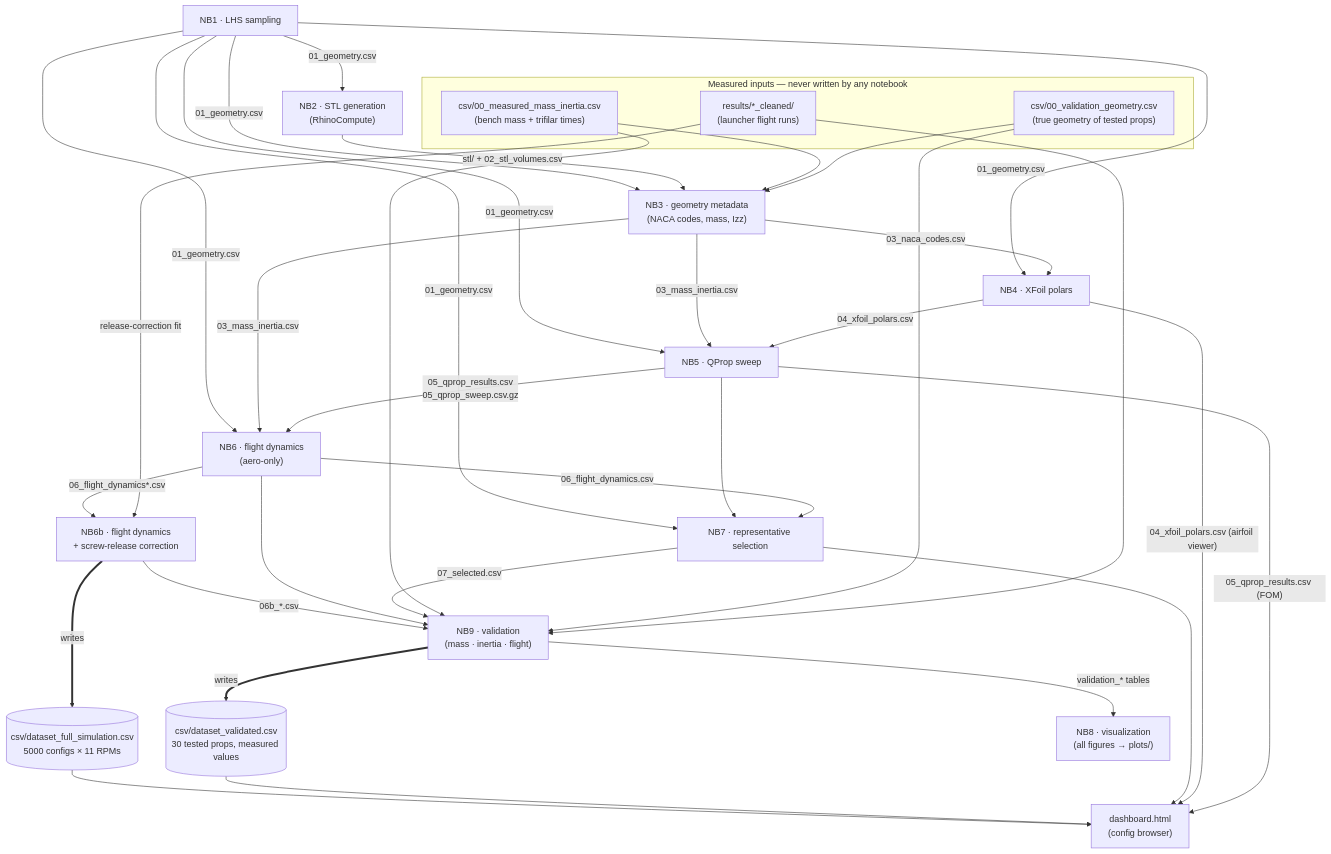
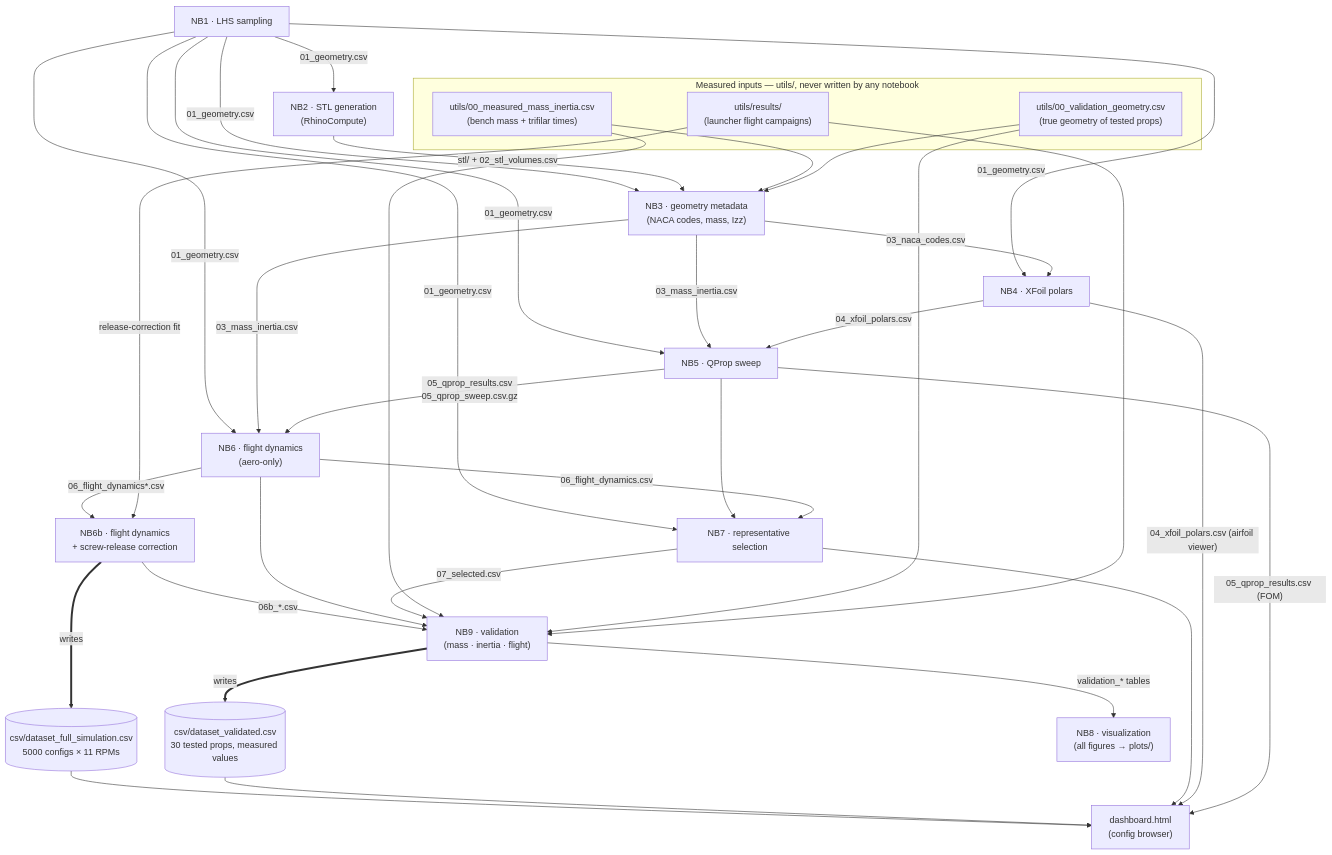
Before and after one commit to HectorFpps/IDEAL-Generate-Select-Validate-Pipeline: the diagram in README.md, drawn with Mermaid. The commit also changed other lines of this file and 2082 other files, not shown here.

Commit message:
Pipeline, CSV's and Utils

````diff
--- a/README.md
+++ b/README.md
@@ -131,46 +125,46 @@
 ```mermaid
 flowchart TD
-    subgraph measured [Measured inputs — never written by any notebook]
-        M1["csv/00_measured_mass_inertia.csv<br>(bench mass + trifilar times)"]
-        M2["csv/00_validation_geometry.csv<br>(true geometry of tested props)"]
-        M3["results/*_cleaned/<br>(launcher flight runs)"]
+    subgraph measured [Measured inputs — utils/, never written by any notebook]
+        M1["utils/00_measured_mass_inertia.csv<br>(bench mass + trifilar times)"]
+        M2["utils/00_validation_geometry.csv<br>(true geometry of tested props)"]
+        M3["utils/results/<br>(launcher flight campaigns)"]
     end
 
     NB1["NB1 · LHS sampling"] -->|"01_geometry.csv"| NB2["NB2 · STL generation<br>(RhinoCompute)"]
     NB1 -->|"01_geometry.csv"| NB3["NB3 · geometry metadata<br>(NACA codes, mass, Izz)"]
     NB1 -->|"01_geometry.csv"| NB4["NB4 · XFoil polars"]
     NB1 -->|"01_geometry.csv"| NB5["NB5 · QProp sweep"]
     NB1 -->|"01_geometry.csv"| NB6["NB6 · flight dynamics<br>(aero-only)"]
     NB1 -->|"01_geometry.csv"| NB7["NB7 · representative selection"]
 
     NB2 -->|"stl/  +  02_stl_volumes.csv"| NB3
     M1 --> NB3
     M2 --> NB3
     NB3 -->|"03_naca_codes.csv"| NB4
     NB3 -->|"03_mass_inertia.csv"| NB5
     NB3 -->|"03_mass_inertia.csv"| NB6
     NB4 -->|"04_xfoil_polars.csv"| NB5
     NB5 -->|"05_qprop_results.csv<br>05_qprop_sweep.csv.gz"| NB6
     NB5 --> NB7
 
     NB6 -->|"06_flight_dynamics*.csv"| NB6b["NB6b · flight dynamics<br>+ screw-release correction"]
     M3 -->|"release-correction fit"| NB6b
     NB6 -->|"06_flight_dynamics.csv"| NB7
 
     NB6b -->|"06b_*.csv"| NB9["NB9 · validation<br>(mass · inertia · flight)"]
     NB6 --> NB9
     NB7 -->|"07_selected.csv"| NB9
     M1 --> NB9
     M2 --> NB9
     M3 --> NB9
 
     NB6b ==>|"writes"| DS1[("csv/dataset_full_simulation.csv<br>5000 configs × 11 RPMs")]
     NB9 ==>|"writes"| DS2[("csv/dataset_validated.csv<br>30 tested props, measured values")]
 
     NB9 -->|"validation_* tables"| NB8["NB8 · visualization<br>(all figures → plots/)"]
     DS1 --> DASH["dashboard.html<br>(config browser)"]
     DS2 --> DASH
     NB7 --> DASH
     NB4 -->|"04_xfoil_polars.csv (airfoil viewer)"| DASH
     NB5 -->|"05_qprop_results.csv (FOM)"| DASH
 ```
````
